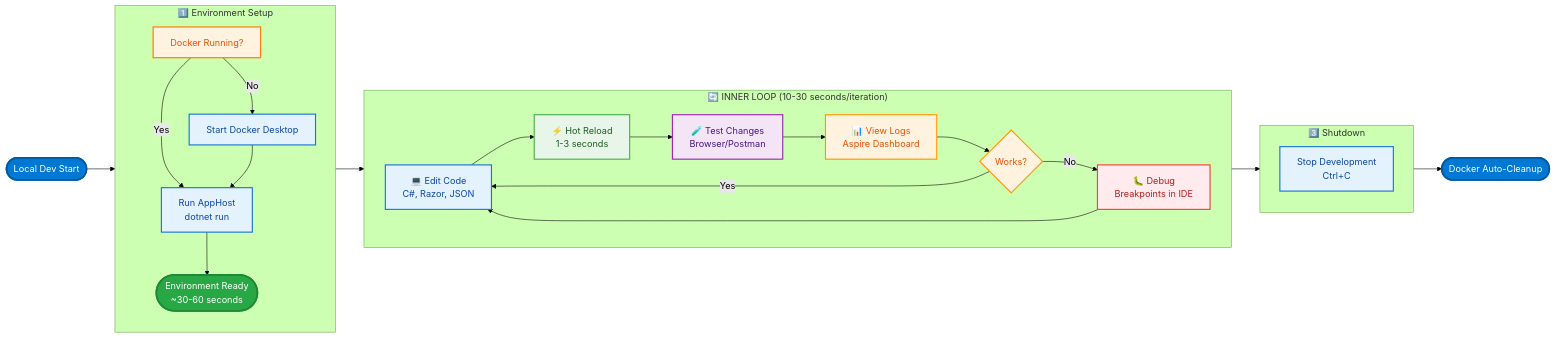
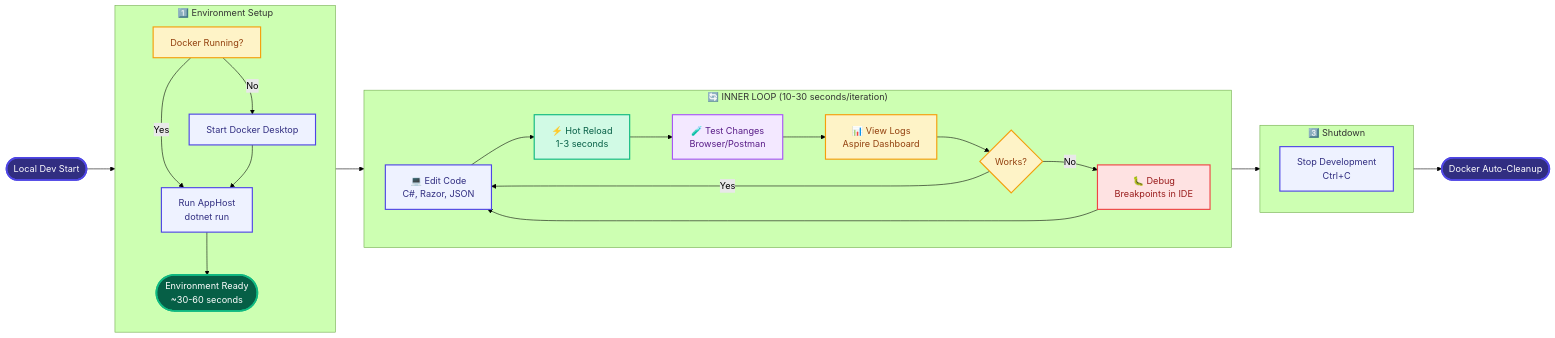
Before and after one commit to Evilazaro/Azure-LogicApps-Monitoring: the first of 3 diagrams in docs/hooks/README.md, drawn with Mermaid (forest theme). The commit also changed other lines of this file and 11 other files, not shown here.

Commit message:
feat(docs): Update diagrams with modern color palette for improved accessibility and clarity

````diff
--- a/docs/hooks/README.md
+++ b/docs/hooks/README.md
@@ -129,58 +129,58 @@
 ```mermaid
 flowchart LR
     Start([Local Dev Start])
     End([Docker Auto-Cleanup])
 
     Start --> SetupPhase
 
     subgraph SetupPhase["1️⃣ Environment Setup"]
         direction TB
         Docker[Docker Running?]
         StartDocker[Start Docker Desktop]
         Run[Run AppHost<br/>dotnet run]
         Ready([Environment Ready<br/>~30-60 seconds])
 
         Docker -->|No| StartDocker
         Docker -->|Yes| Run
         StartDocker --> Run
         Run --> Ready
     end
 
     subgraph DevLoop["🔄 INNER LOOP (10-30 seconds/iteration)"]
         direction LR
         Code[💻 Edit Code<br/>C#, Razor, JSON] --> HotReload[⚡ Hot Reload<br/>1-3 seconds]
         HotReload --> Test[🧪 Test Changes<br/>Browser/Postman]
         Test --> Logs[📊 View Logs<br/>Aspire Dashboard]
         Logs --> Review{Works?}
         Review -->|Yes| Code
         Review -->|No| Debug[🐛 Debug<br/>Breakpoints in IDE]
         Debug --> Code
     end
 
     subgraph ShutdownPhase["3️⃣ Shutdown"]
         direction TB
         Stop[Stop Development<br/>Ctrl+C]
     end
 
     SetupPhase --> DevLoop
     DevLoop --> ShutdownPhase
     ShutdownPhase --> End
 
-    classDef startEnd fill:#0078d4,stroke:#005a9e,stroke-width:3px,color:#fff
-    classDef ready fill:#28a745,stroke:#218838,stroke-width:3px,color:#fff
-    classDef process fill:#e3f2fd,stroke:#1976d2,stroke-width:2px,color:#0d47a1
-    classDef success fill:#e8f5e9,stroke:#4caf50,stroke-width:2px,color:#1b5e20
-    classDef test fill:#f3e5f5,stroke:#9c27b0,stroke-width:2px,color:#4a148c
-    classDef loop fill:#fff3e0,stroke:#ff9800,stroke-width:2px,color:#e65100
-    classDef debug fill:#ffebee,stroke:#f44336,stroke-width:2px,color:#b71c1c
-    classDef decision fill:#fff3e0,stroke:#f57c00,stroke-width:2px,color:#e65100
+    classDef startEnd fill:#312E81,stroke:#4F46E5,stroke-width:3px,color:#fff
+    classDef ready fill:#065F46,stroke:#10B981,stroke-width:3px,color:#fff
+    classDef process fill:#EEF2FF,stroke:#4F46E5,stroke-width:2px,color:#312E81
+    classDef success fill:#D1FAE5,stroke:#10B981,stroke-width:2px,color:#065F46
+    classDef test fill:#F3E8FF,stroke:#A855F7,stroke-width:2px,color:#581C87
+    classDef loop fill:#FEF3C7,stroke:#F59E0B,stroke-width:2px,color:#92400E
+    classDef debug fill:#FEE2E2,stroke:#EF4444,stroke-width:2px,color:#991B1B
+    classDef decision fill:#FEF3C7,stroke:#F59E0B,stroke-width:2px,color:#92400E
 
     class Start,End startEnd
     class Ready ready
     class Code,Run,StartDocker,Stop process
     class HotReload success
     class Test test
     class Logs,Review loop
     class Debug debug
     class Docker decision
 ```
````
